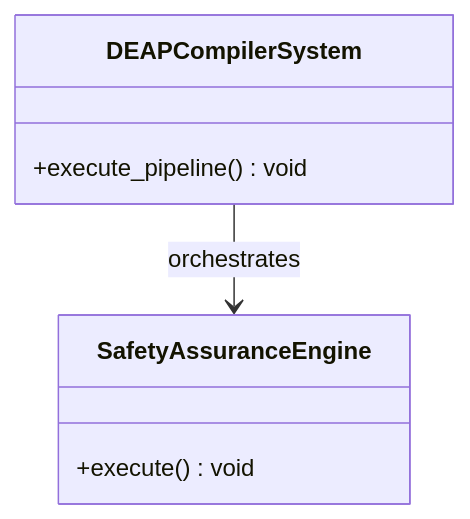
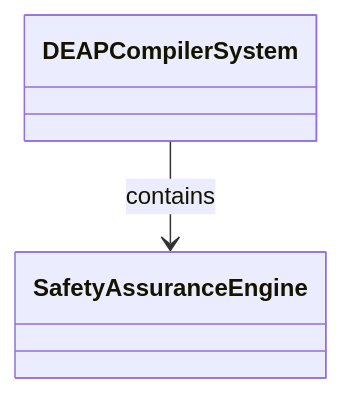
Before and after one commit to gintatkinson/dumpiler-01: the first of 2 diagrams in docs/epics/EPIC-09-Subsystem_7_Formal_Safety_Traceability_Verification.md, drawn with Mermaid. The commit also changed other lines of this file and 101 other files, not shown here.

````diff
--- a/docs/epics/EPIC-09-Subsystem_7_Formal_Safety_Traceability_Verification.md
+++ b/docs/epics/EPIC-09-Subsystem_7_Formal_Safety_Traceability_Verification.md
@@ -51,10 +66,6 @@
 ```mermaid
 classDiagram
-    class DEAPCompilerSystem {
-        +execute_pipeline() void
-    }
-    class SafetyAssuranceEngine {
-        +execute() void
-    }
-    DEAPCompilerSystem --> SafetyAssuranceEngine : orchestrates
+    class DEAPCompilerSystem
+    class SafetyAssuranceEngine
+    DEAPCompilerSystem --> SafetyAssuranceEngine : contains
 ```
````
